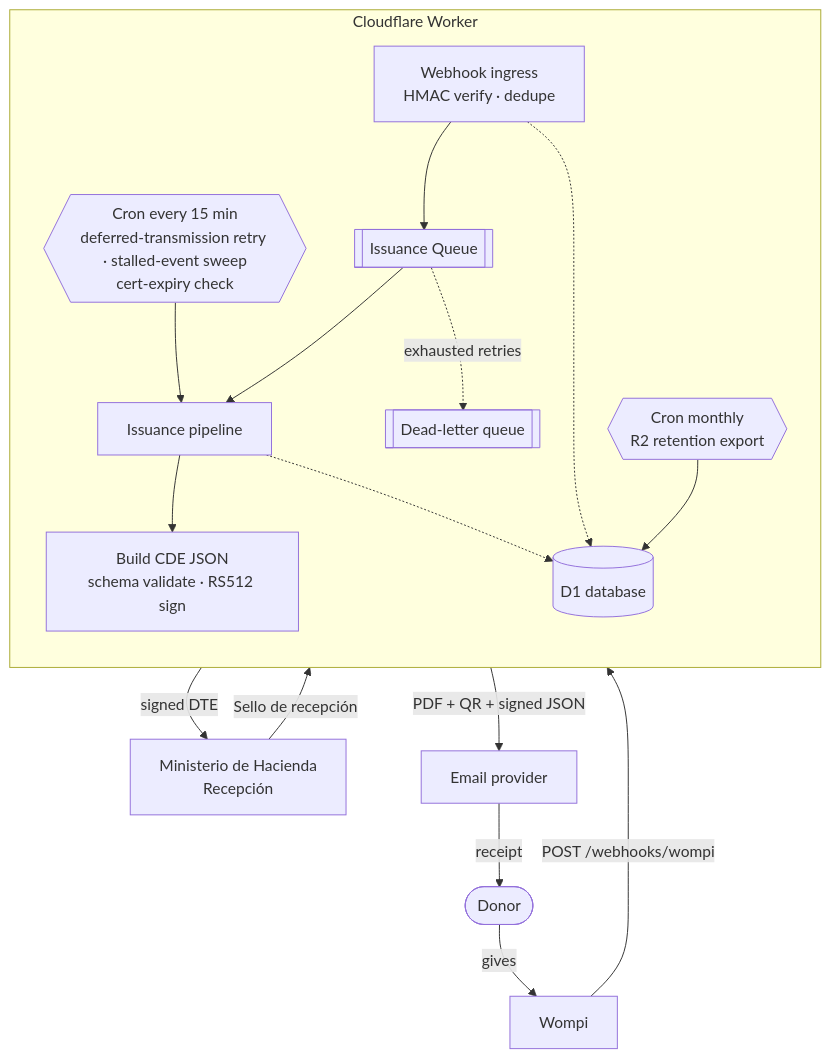
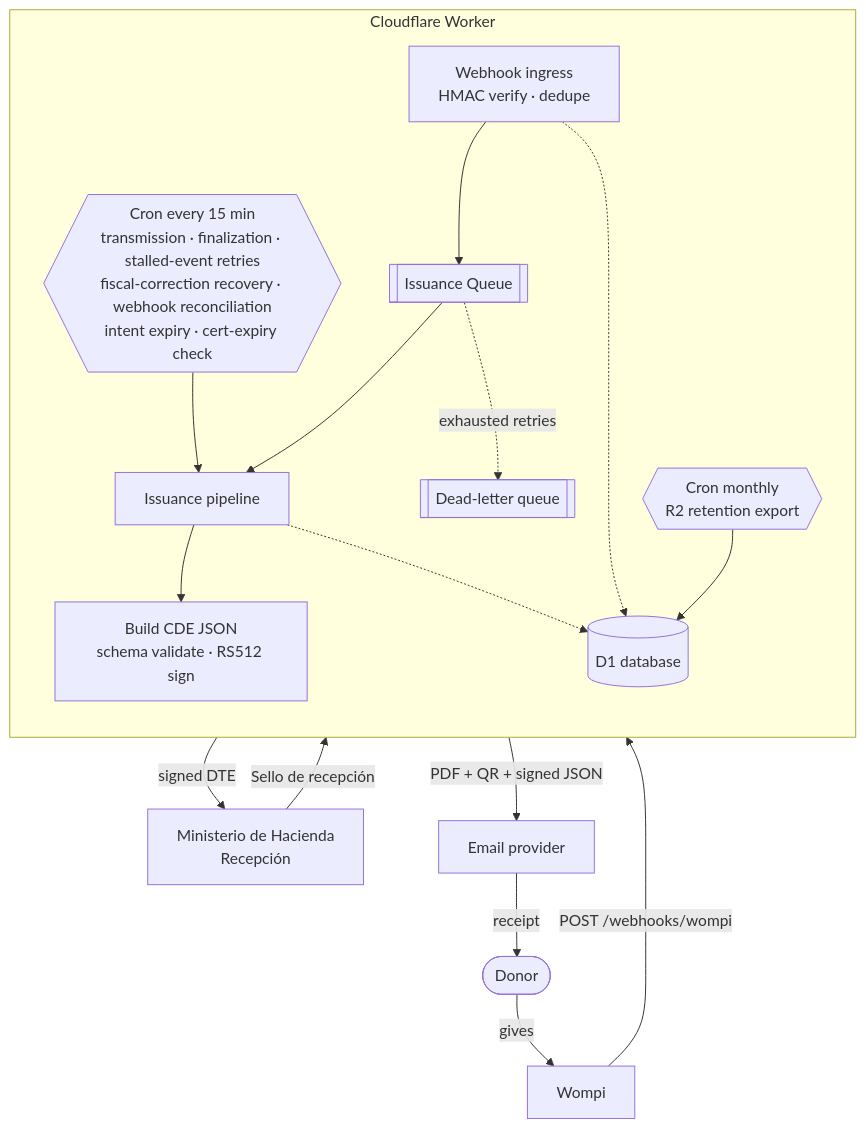
The first of 6 diagrams in README.md (jomplox/DiezmosSV), drawn with Mermaid before and after one commit. The commit also changed other lines of this file, not shown here.

````diff
--- a/README.md
+++ b/README.md
@@ -103,23 +111,23 @@
 ```mermaid
 flowchart TB
     Donor(["Donor"]) -->|gives| Wompi["Wompi"]
     Wompi -->|"POST /webhooks/wompi"| Ingress
 
     subgraph CF["Cloudflare Worker"]
         direction TB
         Ingress["Webhook ingress<br/>HMAC verify · dedupe"] --> Q[["Issuance Queue"]]
         Q --> Pipe["Issuance pipeline"]
         Q -. exhausted retries .-> DLQ[["Dead-letter queue"]]
         Pipe --> Build["Build CDE JSON<br/>schema validate · RS512 sign"]
-        Cron{{"Cron every 15 min<br/>deferred-transmission retry · stalled-event sweep<br/>cert-expiry check"}} --> Pipe
+        Cron{{"Cron every 15 min<br/>transmission · finalization · stalled-event retries<br/>fiscal-correction recovery · webhook reconciliation<br/>intent expiry · cert-expiry check"}} --> Pipe
         Retention{{"Cron monthly<br/>R2 retention export"}} --> DB
         DB[("D1 database")]
     end
 
     Build -->|signed DTE| MH["Ministerio de Hacienda<br/>Recepción"]
     MH -->|Sello de recepción| Pipe
     Pipe -->|PDF + QR + signed JSON| Mail["Email provider"]
     Mail -->|receipt| Donor
     Ingress -.-> DB
     Pipe -.-> DB
 ```
````
